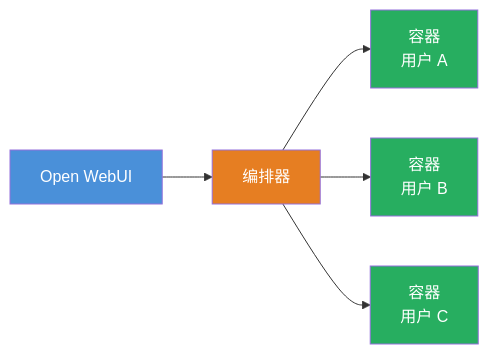
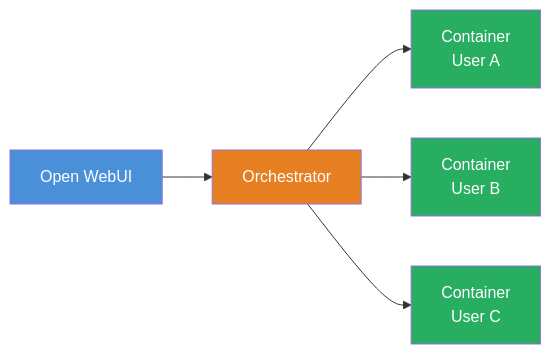
Before and after one commit to SMYQH/openwebuidocs: the second of 2 diagrams in zh-cn/docs/features/open-terminal/advanced/multi-user.md, drawn with Mermaid. The commit also changed other lines of this file and 116 other files, not shown here.

````diff
--- a/zh-cn/docs/features/open-terminal/advanced/multi-user.md
+++ b/zh-cn/docs/features/open-terminal/advanced/multi-user.md
@@ -105,15 +109,15 @@
 ```mermaid
 flowchart LR
     OW["Open WebUI"]
-    OR["编排器"]
+    OR["Orchestrator"]
     OW --> OR
-    OR --> CA["容器<br/>用户 A"]
-    OR --> CB["容器<br/>用户 B"]
-    OR --> CC["容器<br/>用户 C"]
+    OR --> CA["Container<br/>User A"]
+    OR --> CB["Container<br/>User B"]
+    OR --> CC["Container<br/>User C"]
 
     style OW fill:#4a90d9,color:#fff
     style OR fill:#e67e22,color:#fff
     style CA fill:#27ae60,color:#fff
     style CB fill:#27ae60,color:#fff
     style CC fill:#27ae60,color:#fff
 ```
````
